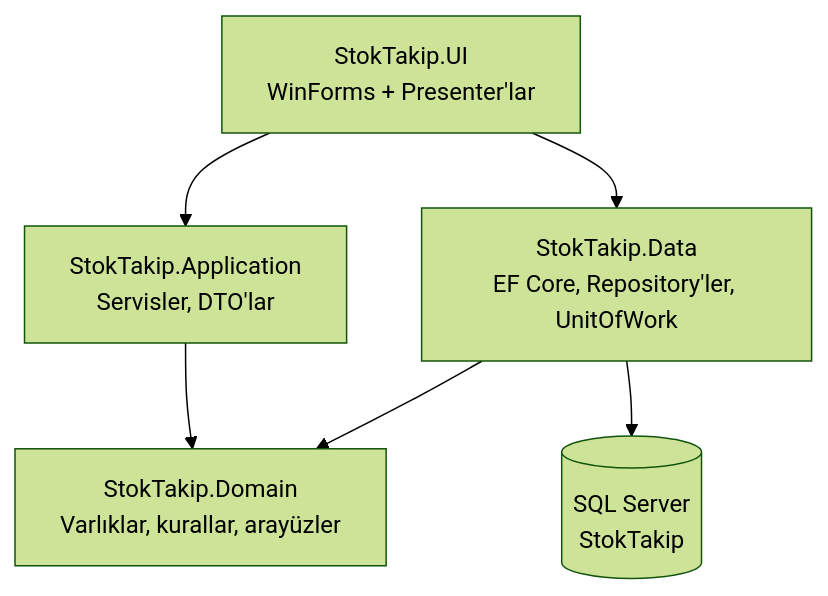
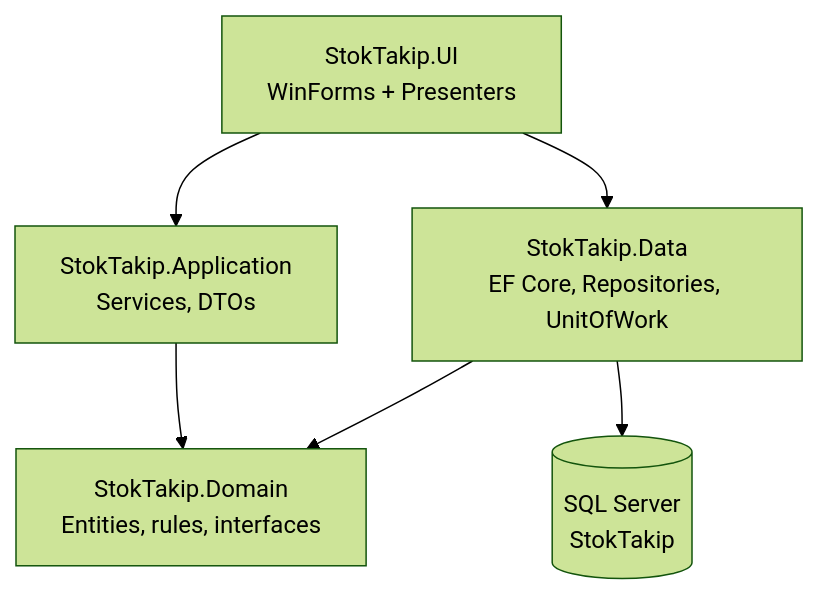
One commit to ayberkaarda/StokTakipApp changed the first of 2 diagrams in README.md. Above: the diagram before and after it, drawn with Mermaid (forest theme). The commit also changed other lines of this file and 3 other files, not shown here.

````diff
--- a/README.md
+++ b/README.md
@@ -90,8 +94,8 @@
 ```mermaid
 flowchart TD
-    UI["StokTakip.UI<br/>WinForms + Presenter'lar"] --> APP["StokTakip.Application<br/>Servisler, DTO'lar"]
-    UI --> DATA["StokTakip.Data<br/>EF Core, Repository'ler, UnitOfWork"]
-    APP --> DOM["StokTakip.Domain<br/>Varlıklar, kurallar, arayüzler"]
+    UI["StokTakip.UI<br/>WinForms + Presenters"] --> APP["StokTakip.Application<br/>Services, DTOs"]
+    UI --> DATA["StokTakip.Data<br/>EF Core, Repositories, UnitOfWork"]
+    APP --> DOM["StokTakip.Domain<br/>Entities, rules, interfaces"]
     DATA --> DOM
     DATA --> DB[("SQL Server<br/>StokTakip")]
 ```
````
